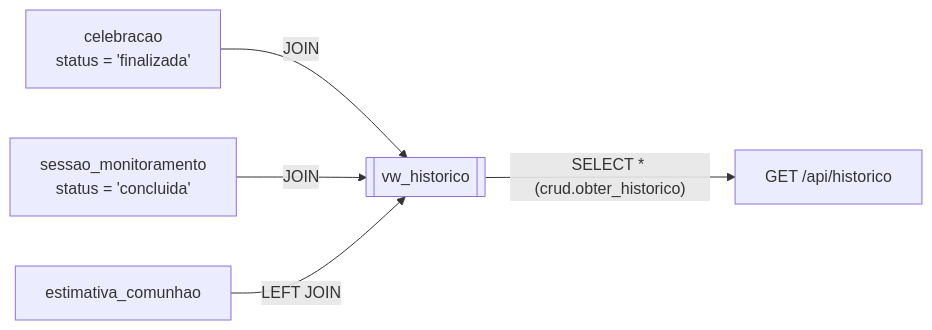
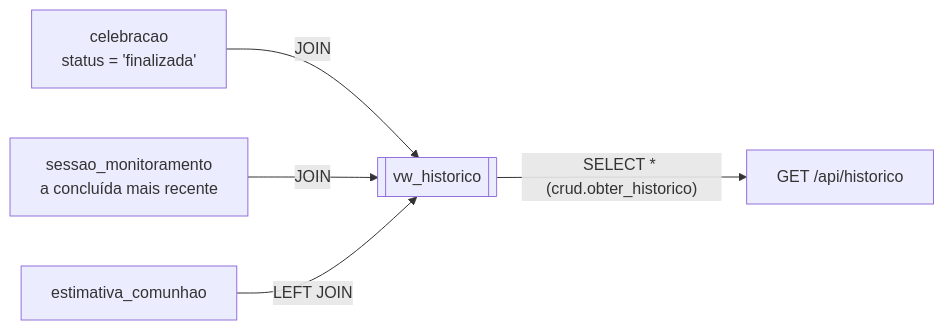
One commit to FelipeUemura11/EucharistCount-TCC changed the second of 6 diagrams in backend/DOCUMENTACAO_BANCO.md. Above: the diagram before and after it, drawn with Mermaid. The commit also changed other lines of this file and 2 other files, not shown here.

````diff
--- a/backend/DOCUMENTACAO_BANCO.md
+++ b/backend/DOCUMENTACAO_BANCO.md
@@ -261,7 +261,7 @@
 ```mermaid
 flowchart LR
     C["celebracao<br/>status = 'finalizada'"] -->|JOIN| V[["vw_historico"]]
-    S["sessao_monitoramento<br/>status = 'concluida'"] -->|JOIN| V
+    S["sessao_monitoramento<br/>a concluída mais recente"] -->|JOIN| V
     E["estimativa_comunhao"] -->|LEFT JOIN| V
     V -->|"SELECT * (crud.obter_historico)"| A["GET /api/historico"]
 ```
````
